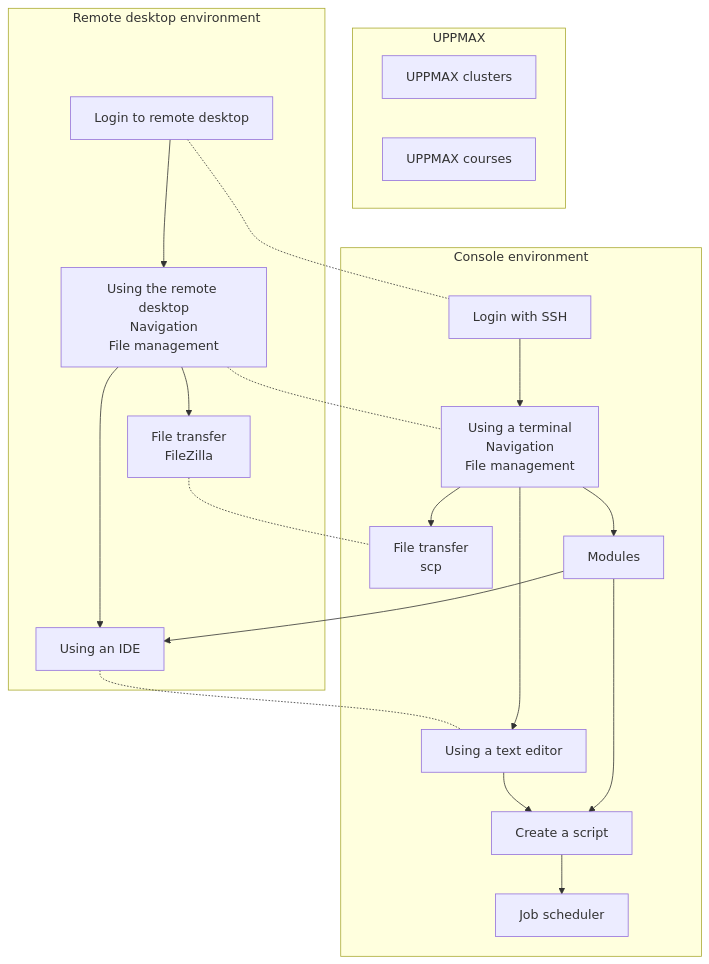
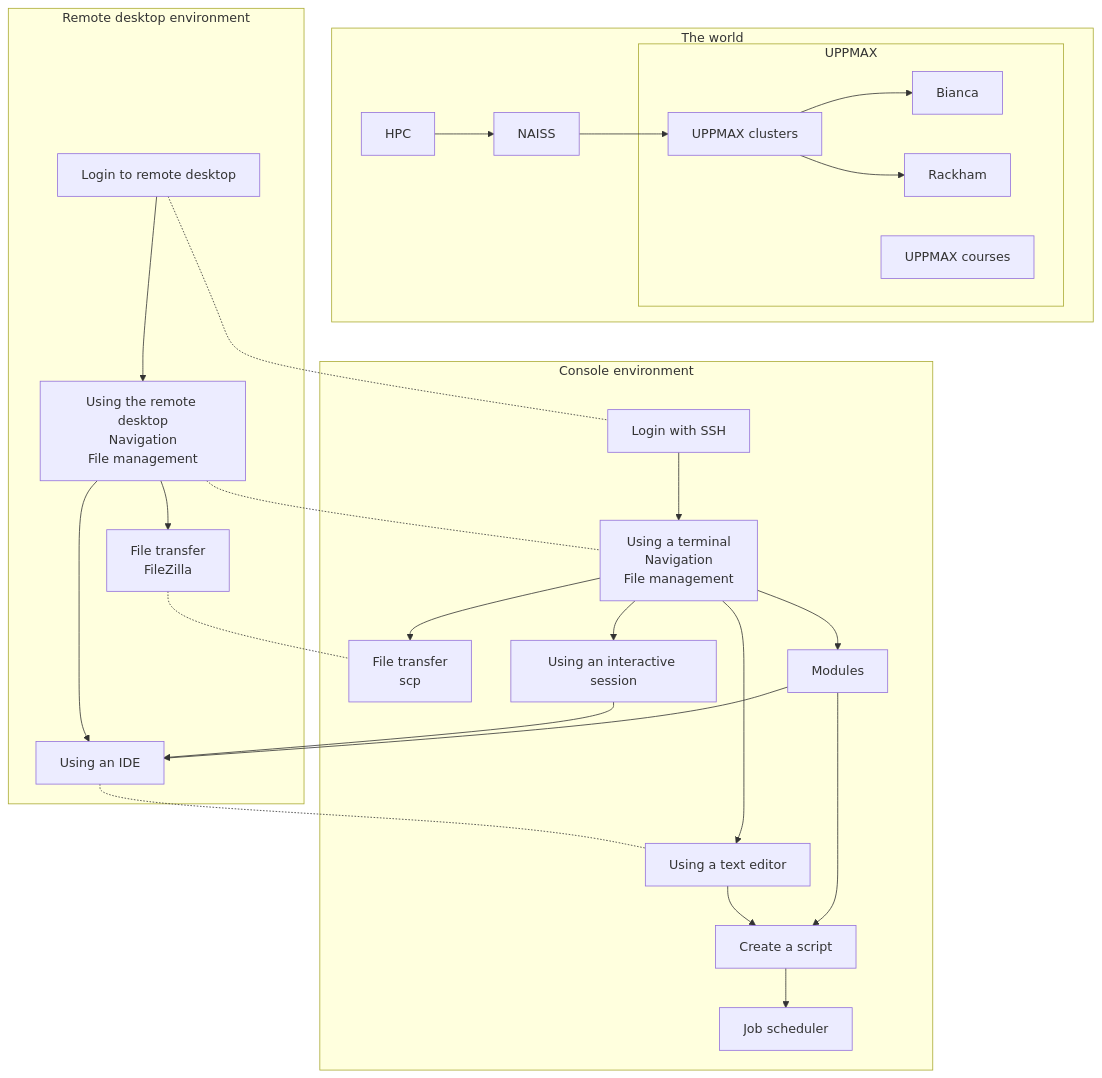
One commit to UPPMAX/uppmax_intro_day_1 changed the second of 2 diagrams in docs/sessions/introduction.md. Above: the diagram before and after it, drawn with Mermaid. The commit also changed other lines of this file and 18 other files, not shown here.

````diff
--- a/docs/sessions/introduction.md
+++ b/docs/sessions/introduction.md
@@ -67,46 +67,61 @@
 ```mermaid
 flowchart TD
+  subgraph world[The world]
+    hpc[HPC]
+    naiss[NAISS]
   subgraph uppmax[UPPMAX]
-    uppmax_clusters[UPPMAX clusters]
-    uppmax_courses[UPPMAX courses]
+      uppmax_clusters[UPPMAX clusters]
+      bianca[Bianca]
+      rackham[Rackham]
+      uppmax_courses[UPPMAX courses]
+    end
   end
   subgraph remote_desktop[Remote desktop environment]
     login_remote_desktop[Login to remote desktop]
     use_remote_desktop[Using the remote desktop\nNavigation\nFile management]
     file_transfer_filezilla[File transfer\nFileZilla]
     use_ide[Using an IDE]
   end
   subgraph console[Console environment]
     login_ssh[Login with SSH]
     use_terminal[Using a terminal\nNavigation\nFile management]
     scripts[Create a script]
     file_transfer_scp[File transfer\nscp]
     modules[Modules]
+    interactive[Using an interactive session]
     job_scheduler[Job scheduler]
     text_editor[Using a text editor]
   end
 
+  %% UPPMAX
+  hpc --> naiss
+  naiss --> uppmax_clusters
+  uppmax_clusters --> bianca
+  uppmax_clusters --> rackham
 
-%% GUI
-login_remote_desktop --> use_remote_desktop
-use_remote_desktop --> file_transfer_filezilla
-use_remote_desktop --> use_ide
+  %% GUI
+  login_remote_desktop --> use_remote_desktop
+  use_remote_desktop --> file_transfer_filezilla
+  use_remote_desktop --> use_ide
 
-%% Console
-login_ssh --> use_terminal
-use_terminal --> file_transfer_scp
-use_terminal --> modules
-scripts --> job_scheduler
-modules --> scripts
-use_terminal --> text_editor
-text_editor --> scripts
+  %% Console
+  login_ssh --> use_terminal
+  use_terminal --> file_transfer_scp
+  use_terminal --> modules
+  scripts --> job_scheduler
+  modules --> scripts
+  use_terminal --> text_editor
+  use_terminal --> interactive
+  text_editor --> scripts
 
-%% console -> GUI
-modules --> use_ide
+  %% console -> GUI
+  modules --> use_ide
+  
 
-%% GUI -> console
-login_remote_desktop -.- login_ssh
-use_remote_desktop -.- use_terminal
-file_transfer_filezilla -.- file_transfer_scp  
-use_ide -.- text_editor
+  %% GUI -> console
+  login_remote_desktop -.- login_ssh
+  use_remote_desktop -.- use_terminal
+  file_transfer_filezilla -.- file_transfer_scp  
+  interactive --> use_ide
+  use_ide -.- text_editor
 ```
````
